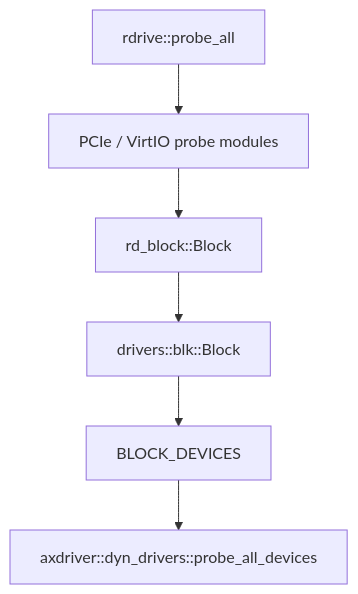
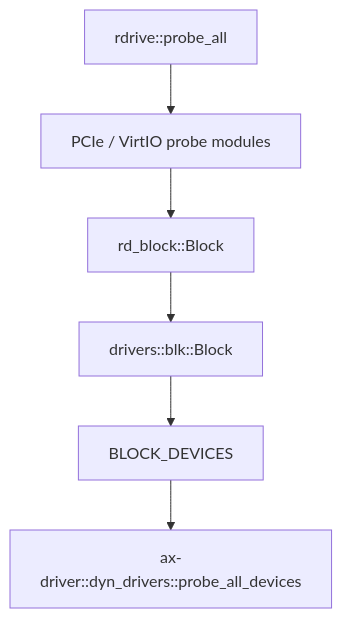
One commit to zKurisu/tgoskits changed the second of 3 diagrams in docs/crates/axplat-dyn.md. Above: the diagram before and after it, drawn with Mermaid. The commit also changed other lines of this file and 73 other files, not shown here.

Commit message:
rename axdriver to ax-driver

````diff
--- a/docs/crates/axplat-dyn.md
+++ b/docs/crates/axplat-dyn.md
@@ -138,8 +138,8 @@
 ```mermaid
 flowchart TD
     A[rdrive::probe_all] --> B[PCIe / VirtIO probe modules]
     B --> C[rd_block::Block]
     C --> D[drivers::blk::Block]
     D --> E[BLOCK_DEVICES]
-    E --> F[axdriver::dyn_drivers::probe_all_devices]
+    E --> F[ax-driver::dyn_drivers::probe_all_devices]
 ```
````
